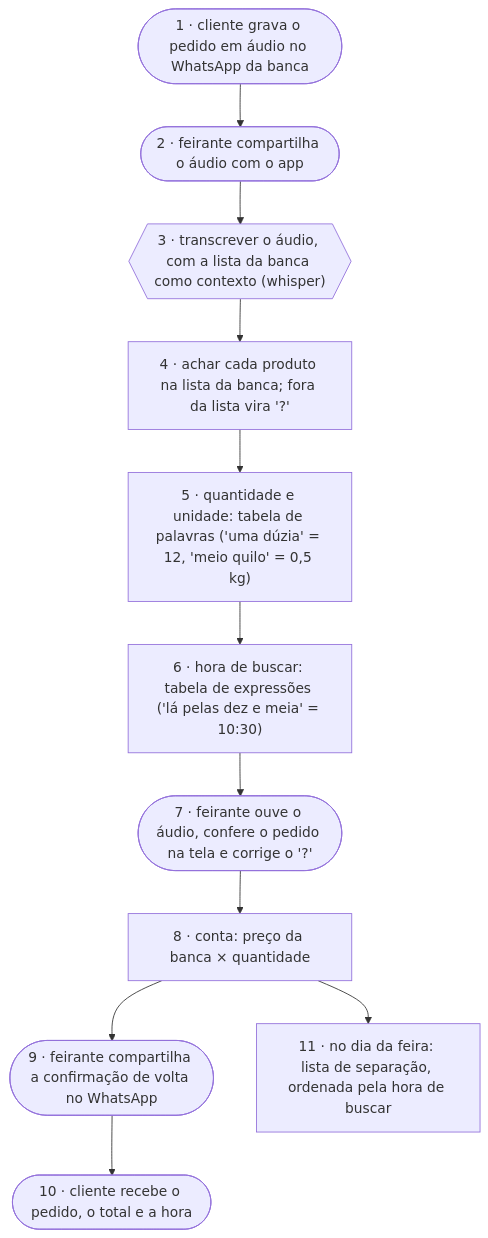
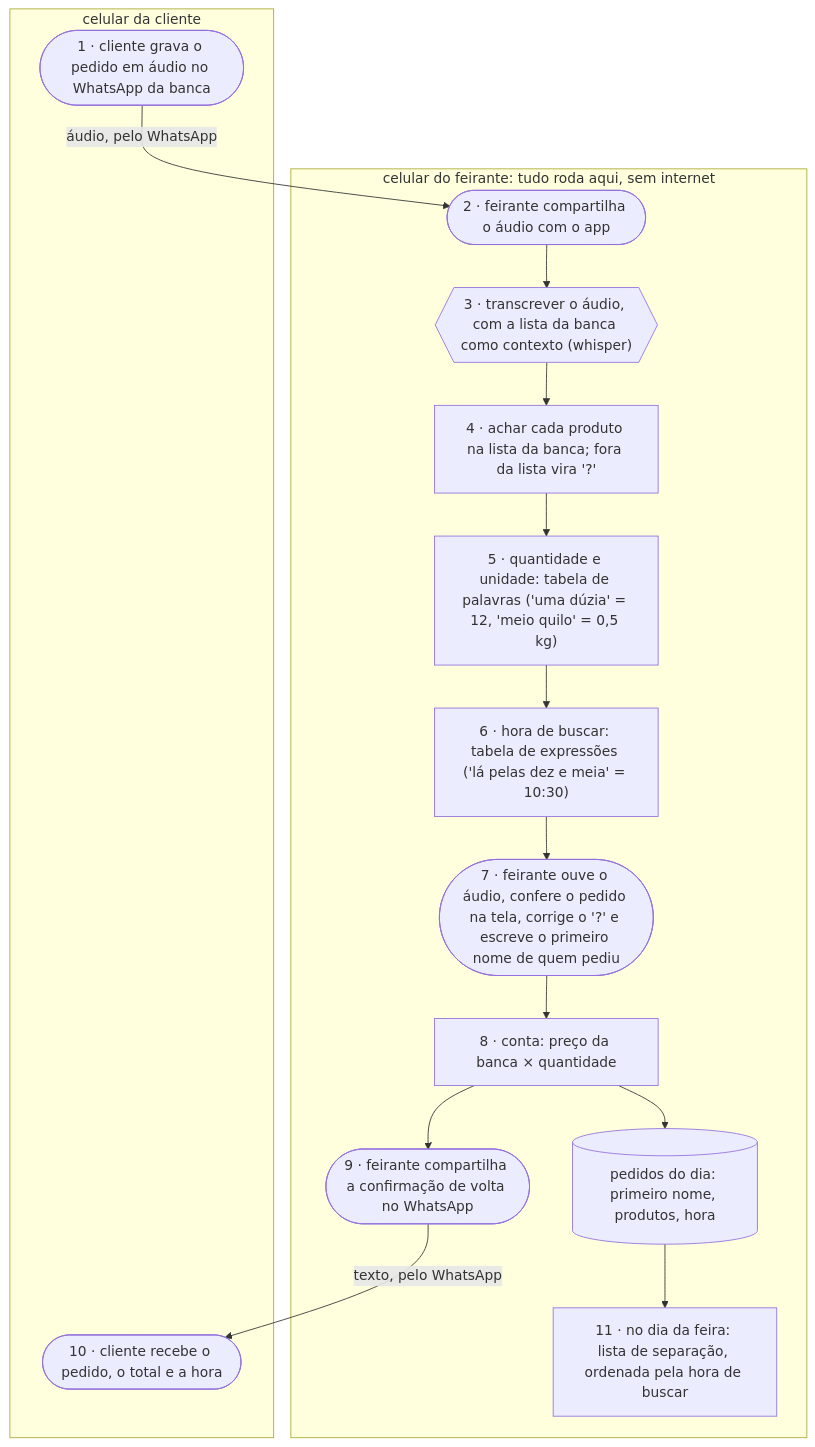
The diagram in arquitetura.md (lsfcin/rastro-da-banca), drawn with Mermaid before and after one commit. The commit also changed other lines of this file and 2 other files, not shown here.

Commit message:
arquitetura: onde cada peça roda, e para onde vai cada dado pessoal

````diff
--- a/arquitetura.md
+++ b/arquitetura.md
@@ -9,17 +9,25 @@
 ```mermaid
 flowchart TD
-    A(["1 · cliente grava o pedido em áudio no WhatsApp da banca"])
-    B(["2 · feirante compartilha o áudio com o app"])
-    C{{"3 · transcrever o áudio, com a lista da banca como contexto (whisper)"}}
-    D["4 · achar cada produto na lista da banca; fora da lista vira '?'"]
-    E["5 · quantidade e unidade: tabela de palavras ('uma dúzia' = 12, 'meio quilo' = 0,5 kg)"]
-    F["6 · hora de buscar: tabela de expressões ('lá pelas dez e meia' = 10:30)"]
-    G(["7 · feirante ouve o áudio, confere o pedido na tela e corrige o '?'"])
-    H["8 · conta: preço da banca × quantidade"]
-    I(["9 · feirante compartilha a confirmação de volta no WhatsApp"])
-    J(["10 · cliente recebe o pedido, o total e a hora"])
-    K["11 · no dia da feira: lista de separação, ordenada pela hora de buscar"]
+    subgraph CEL_C["celular da cliente"]
+        A(["1 · cliente grava o pedido em áudio no WhatsApp da banca"])
+        J(["10 · cliente recebe o pedido, o total e a hora"])
+    end
 
-    A --> B --> C --> D --> E --> F --> G --> H --> I --> J
-    H --> K
+    subgraph CEL_F["celular do feirante: tudo roda aqui, sem internet"]
+        B(["2 · feirante compartilha o áudio com o app"])
+        C{{"3 · transcrever o áudio, com a lista da banca como contexto (whisper)"}}
+        D["4 · achar cada produto na lista da banca; fora da lista vira '?'"]
+        E["5 · quantidade e unidade: tabela de palavras ('uma dúzia' = 12, 'meio quilo' = 0,5 kg)"]
+        F["6 · hora de buscar: tabela de expressões ('lá pelas dez e meia' = 10:30)"]
+        G(["7 · feirante ouve o áudio, confere o pedido na tela, corrige o '?' e escreve o primeiro nome de quem pediu"])
+        H["8 · conta: preço da banca × quantidade"]
+        I(["9 · feirante compartilha a confirmação de volta no WhatsApp"])
+        K["11 · no dia da feira: lista de separação, ordenada pela hora de buscar"]
+        DB[("pedidos do dia: primeiro nome, produtos, hora")]
+    end
+
+    A -- "áudio, pelo WhatsApp" --> B
+    B --> C --> D --> E --> F --> G --> H --> I
+    I -- "texto, pelo WhatsApp" --> J
+    H --> DB --> K
 ```
````
